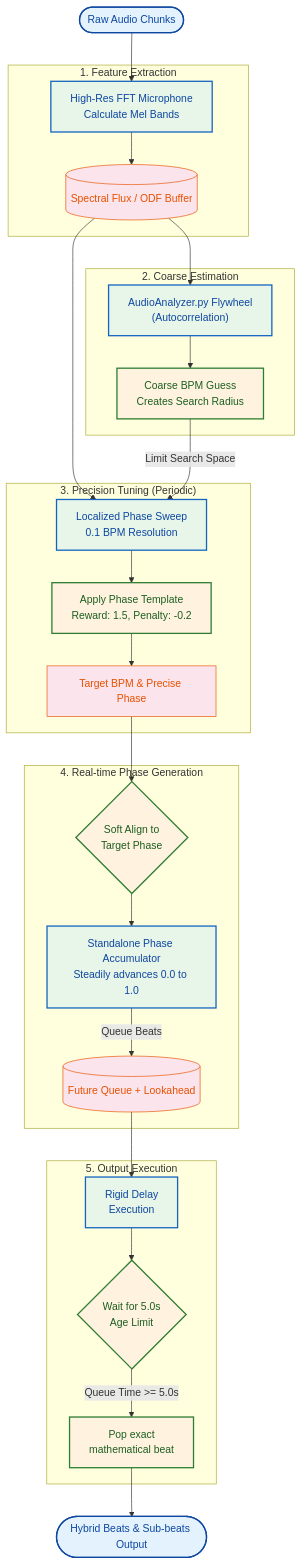
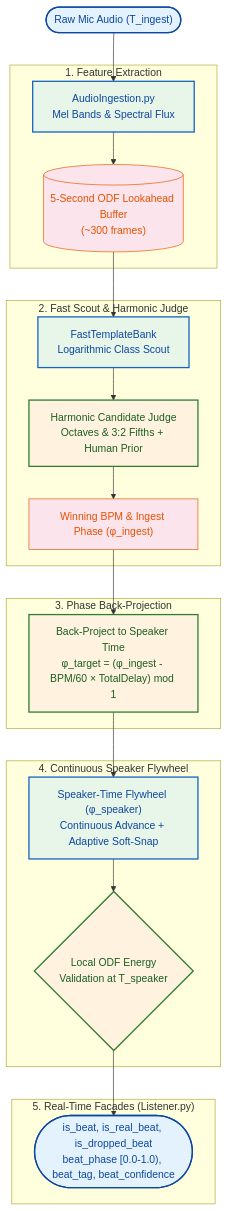
The diagram in .agents/docs/rhythm_tracker_architecture.md (LucRobey/vialactee), drawn with Mermaid before and after one commit. The commit also changed other lines of this file and 39 other files, not shown here.

````diff
--- a/.agents/docs/rhythm_tracker_architecture.md
+++ b/.agents/docs/rhythm_tracker_architecture.md
@@ -42,61 +51,44 @@
 ```mermaid
 flowchart TD
-    %% Define styles
     classDef io fill:#e3f2fd,stroke:#0d47a1,stroke-width:2px,color:#0d47a1
     classDef engine fill:#e8f5e9,stroke:#1565c0,stroke-width:2px,color:#0d47a1
     classDef logic fill:#fff3e0,stroke:#2e7d32,stroke-width:2px,color:#1b5e20
     classDef data fill:#fce4ec,stroke:#e65100,stroke-width:1px,color:#e65100
 
-    AudioIn(["Raw Audio Chunks"]):::io
+    AudioIn(["Raw Mic Audio (T_ingest)"]):::io
     
     subgraph "1. Feature Extraction"
-        FFT["High-Res FFT Microphone\nCalculate Mel Bands"]:::engine
-        ODF[("Spectral Flux / ODF Buffer")]:::data
+        FFT["AudioIngestion.py\nMel Bands & Spectral Flux"]:::engine
+        ODF[("5-Second ODF Lookahead Buffer\n(~300 frames)")]:::data
     end
 
-    subgraph "2. Coarse Estimation"
-        Listener["AudioAnalyzer.py Flywheel\n(Autocorrelation)"]:::engine
-        CoarseBPM["Coarse BPM Guess\nCreates Search Radius"]:::logic
+    subgraph "2. Fast Scout & Harmonic Judge"
+        Scout["FastTemplateBank\nLogarithmic Class Scout"]:::engine
+        Judge["Harmonic Candidate Judge\nOctaves & 3:2 Fifths + Human Prior"]:::logic
+        Winner["Winning BPM & Ingest Phase (φ_ingest)"]:::data
     end
 
-    subgraph "3. Precision Tuning (Periodic)"
-        PhaseSweep["Localized Phase Sweep\n0.1 BPM Resolution"]:::engine
-        Template["Apply Phase Template\nReward: 1.5, Penalty: -0.2"]:::logic
-        TargetPhase["Target BPM & Precise Phase"]:::data
+    subgraph "3. Phase Back-Projection"
+        BackProj["Back-Project to Speaker Time\nφ_target = (φ_ingest - BPM/60 × TotalDelay) mod 1"]:::logic
     end
 
-    subgraph "4. Real-time Phase Generation"
-        StandalonePhase["Standalone Phase Accumulator\nSteadily advances 0.0 to 1.0"]:::engine
-        SoftReset{"Soft Align to\nTarget Phase"}:::logic
-        TriggerQueue[("Future Queue + Lookahead")]:::data
+    subgraph "4. Continuous Speaker Flywheel"
+        Flywheel["Speaker-Time Flywheel (φ_speaker)\nContinuous Advance + Adaptive Soft-Snap"]:::engine
+        EnergyCheck{"Local ODF Energy\nValidation at T_speaker"}:::logic
     end
 
-    subgraph "5. Output Execution"
-        MagSnap["Rigid Delay\nExecution"]:::engine
-        PenaltyCalc{"Wait for 5.0s\nAge Limit"}:::logic
-        PhysicalSnap["Pop exact\nmathematical beat"]:::logic
+    subgraph "5. Real-Time Facades (Listener.py)"
+        BeatsOut(["is_beat, is_real_beat, is_dropped_beat\nbeat_phase [0.0-1.0), beat_tag, beat_confidence"]):::io
     end
-
-    BeatsOut(["Hybrid Beats & Sub-beats Output"]):::io
 
     %% Connections
     AudioIn --> FFT
     FFT --> ODF
-    ODF --> Listener
-    Listener --> CoarseBPM
-    
-    ODF --> PhaseSweep
-    CoarseBPM -->|Limit Search Space| PhaseSweep
-    PhaseSweep --> Template
-    Template --> TargetPhase
-    
-    TargetPhase --> SoftReset
-    SoftReset --> StandalonePhase
-    StandalonePhase -->|Queue Beats| TriggerQueue
-    
-    TriggerQueue --> MagSnap
-    MagSnap --> PenaltyCalc
-    PenaltyCalc -->|Queue Time >= 5.0s| PhysicalSnap
-    PhysicalSnap --> BeatsOut
-    
+    ODF --> Scout
+    Scout --> Judge
+    Judge --> Winner
+    Winner --> BackProj
+    BackProj --> Flywheel
+    Flywheel --> EnergyCheck
+    EnergyCheck --> BeatsOut
 ```
````
